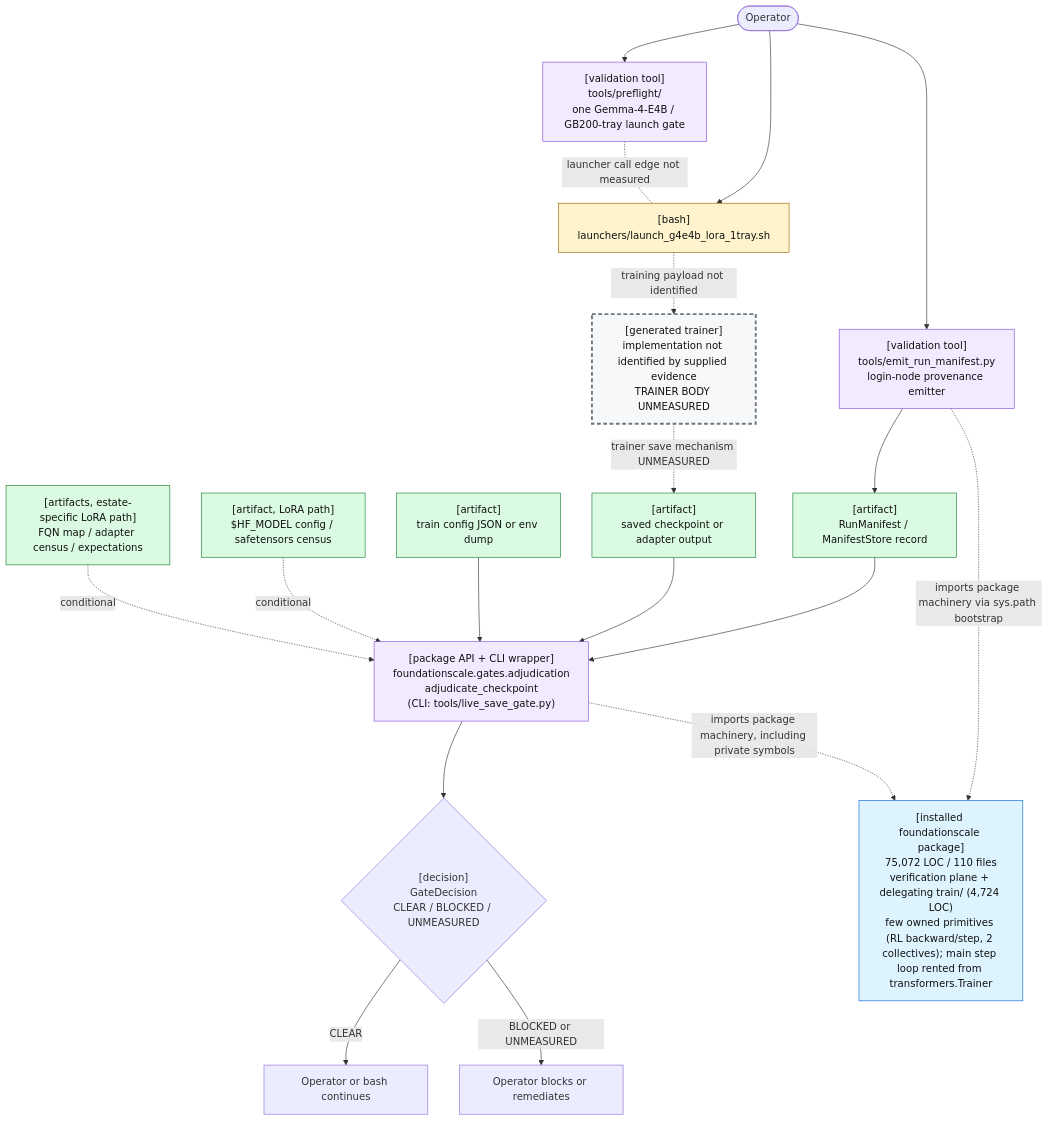
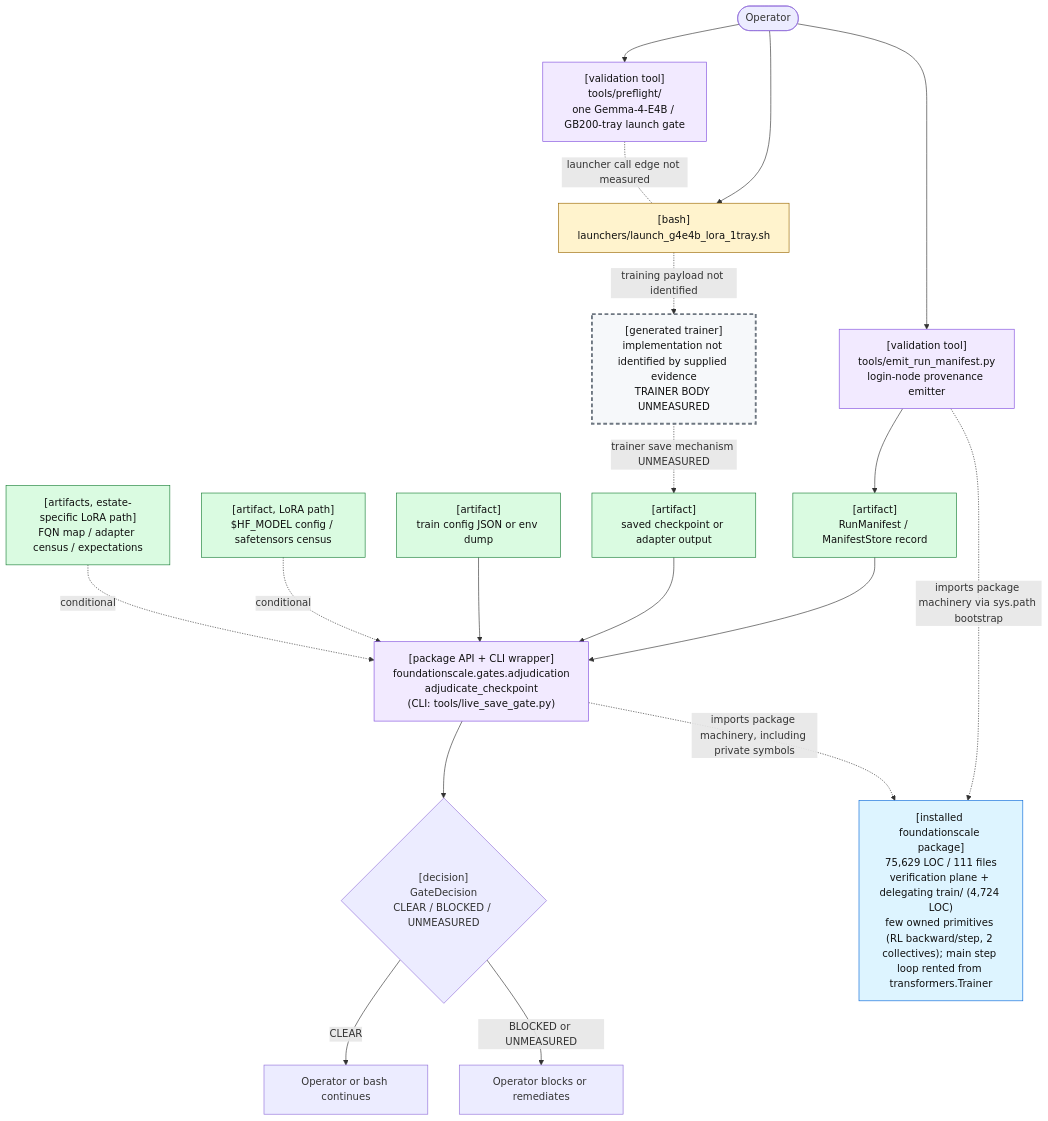
The first of 2 diagrams in docs/review/D2_current_architecture.md (TranNhiem/FoundationScale), drawn with Mermaid before and after one commit. The commit also changed other lines of this file and 10 other files, not shown here.

````diff
--- a/docs/review/D2_current_architecture.md
+++ b/docs/review/D2_current_architecture.md
@@ -25,59 +25,59 @@
 ```mermaid
 flowchart TB
   O(["Operator"])
 
   PF["[validation tool]<br/>tools/preflight/<br/>one Gemma-4-E4B / GB200-tray launch gate"]
   L["[bash]<br/>launchers/launch_g4e4b_lora_1tray.sh"]
 
   E["[validation tool]<br/>tools/emit_run_manifest.py<br/>login-node provenance emitter"]
   M["[artifact]<br/>RunManifest / ManifestStore record"]
 
   T["[generated trainer]<br/>implementation not identified by supplied evidence<br/>TRAINER BODY UNMEASURED"]
   C["[artifact]<br/>saved checkpoint or adapter output"]
 
   G["[package API + CLI wrapper]<br/>foundationscale.gates.adjudication<br/>adjudicate_checkpoint<br/>(CLI: tools/live_save_gate.py)"]
   CFG["[artifact]<br/>train config JSON or env dump"]
   BASE["[artifact, LoRA path]<br/>$HF_MODEL config / safetensors census"]
   CEN["[artifacts, estate-specific LoRA path]<br/>FQN map / adapter census / expectations"]
 
   D{"[decision]<br/>GateDecision<br/>CLEAR / BLOCKED / UNMEASURED"}
   OK["Operator or bash continues"]
   NO["Operator blocks or remediates"]
 
-  PKG["[installed foundationscale package]<br/>75,072 LOC / 110 files<br/>verification plane + delegating train/ (4,724 LOC)<br/>few owned primitives (RL backward/step, 2 collectives); main step loop rented from transformers.Trainer"]
+  PKG["[installed foundationscale package]<br/>75,629 LOC / 111 files<br/>verification plane + delegating train/ (4,724 LOC)<br/>few owned primitives (RL backward/step, 2 collectives); main step loop rented from transformers.Trainer"]
 
   O --> PF
   O --> L
   PF -. "launcher call edge not measured" .- L
 
   O --> E
   E --> M
 
   L -. "training payload not identified" .-> T
   T -. "trainer save mechanism UNMEASURED" .-> C
 
   M --> G
   C --> G
   CFG --> G
   BASE -. "conditional" .-> G
   CEN -. "conditional" .-> G
 
   E -. "imports package machinery via sys.path bootstrap" .-> PKG
   G -. "imports package machinery, including private symbols" .-> PKG
 
   G --> D
   D -->|"CLEAR"| OK
   D -->|"BLOCKED or UNMEASURED"| NO
 
   classDef bash fill:#fff3cd,stroke:#9a6700,color:#111;
   classDef tool fill:#f2eaff,stroke:#8250df,color:#111;
   classDef artifact fill:#dafbe1,stroke:#1a7f37,color:#111;
   classDef gap fill:#f6f8fa,stroke:#6e7781,stroke-width:3px,stroke-dasharray: 6 4,color:#111;
   classDef pkg fill:#ddf4ff,stroke:#0969da,color:#111;
 
   class L bash;
   class PF,E,G tool;
   class M,C,CFG,BASE,CEN artifact;
   class T gap;
   class PKG pkg;
 ```
````
